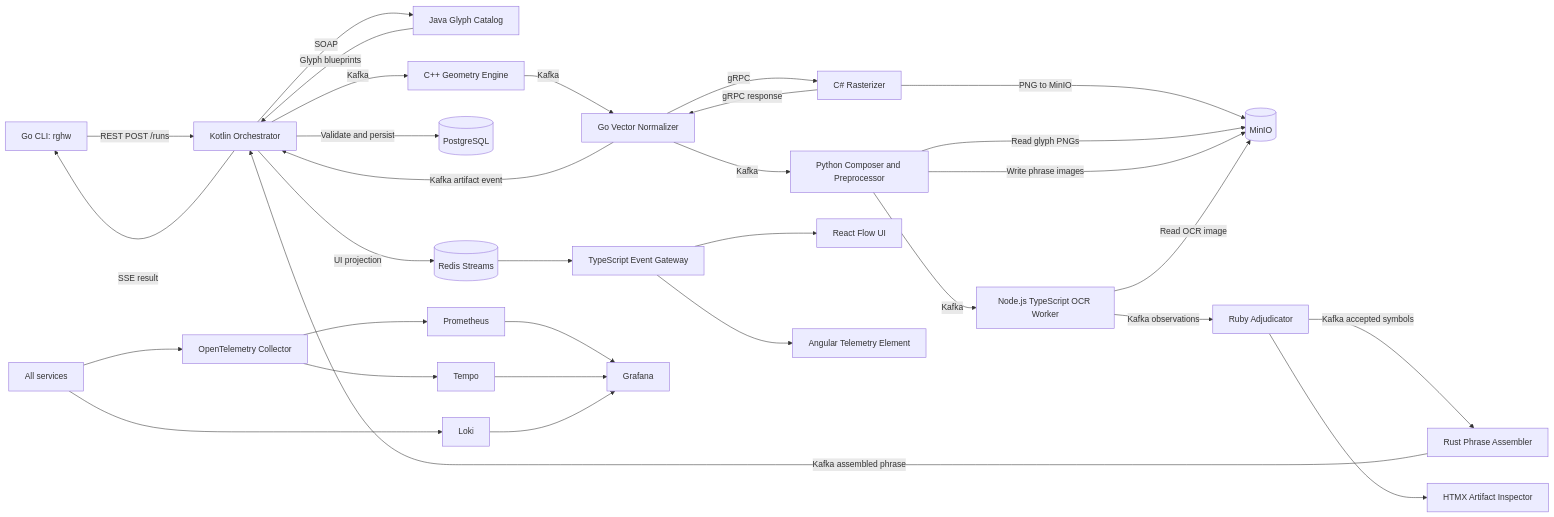
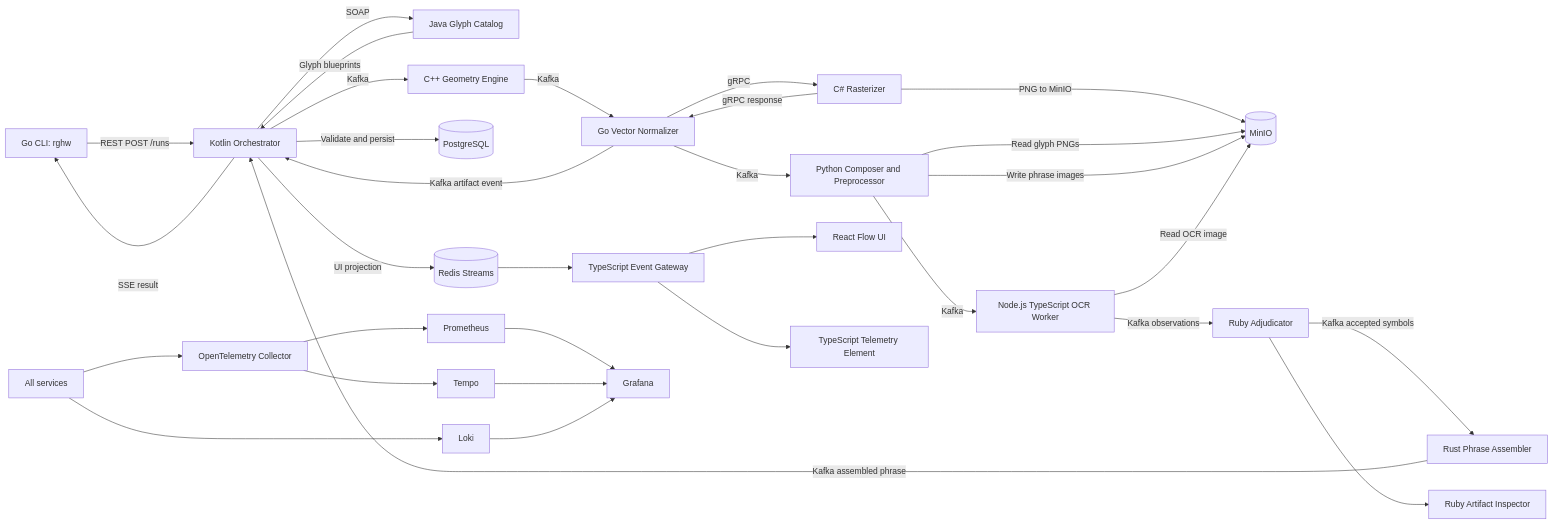
Before and after one commit to HyperVon/rg-helloworld: the first of 2 diagrams in docs/architecture.md, drawn with Mermaid. The commit also changed other lines of this file and 15 other files, not shown here.

````diff
--- a/docs/architecture.md
+++ b/docs/architecture.md
@@ -223,42 +223,42 @@
 ```mermaid
 flowchart LR
     CLI[Go CLI: rghw] -->|REST POST /runs| ORCH[Kotlin Orchestrator]
 
     ORCH -->|SOAP| CATALOG[Java Glyph Catalog]
     CATALOG -->|Glyph blueprints| ORCH
 
     ORCH -->|Kafka| CPP[C++ Geometry Engine]
     CPP -->|Kafka| NORM[Go Vector Normalizer]
     NORM -->|gRPC| DOTNET[C# Rasterizer]
     NORM -->|Kafka artifact event| ORCH
 
     DOTNET -->|PNG to MinIO| MINIO[(MinIO)]
     DOTNET -->|gRPC response| NORM
     NORM -->|Kafka| PY[Python Composer and Preprocessor]
 
     PY -->|Read glyph PNGs| MINIO
     PY -->|Write phrase images| MINIO
     PY -->|Kafka| OCR[Node.js TypeScript OCR Worker]
 
     OCR -->|Read OCR image| MINIO
     OCR -->|Kafka observations| RUBY[Ruby Adjudicator]
     RUBY -->|Kafka accepted symbols| RUST[Rust Phrase Assembler]
     RUST -->|Kafka assembled phrase| ORCH
 
     ORCH -->|Validate and persist| PG[(PostgreSQL)]
     ORCH -->|UI projection| REDIS[(Redis Streams)]
     ORCH -->|SSE result| CLI
 
     REDIS --> GATEWAY[TypeScript Event Gateway]
     GATEWAY --> REACT[React Flow UI]
-    GATEWAY --> ANGULAR[Angular Telemetry Element]
-    RUBY --> HTMX[HTMX Artifact Inspector]
+    GATEWAY --> ANGULAR[TypeScript Telemetry Element]
+    RUBY --> HTMX[Ruby Artifact Inspector]
 
     SERVICES[All services] --> OTEL[OpenTelemetry Collector]
     OTEL --> PROM[Prometheus]
     OTEL --> TEMPO[Tempo]
     SERVICES --> LOKI[Loki]
     PROM --> GRAFANA[Grafana]
     TEMPO --> GRAFANA
     LOKI --> GRAFANA
 ```
````
